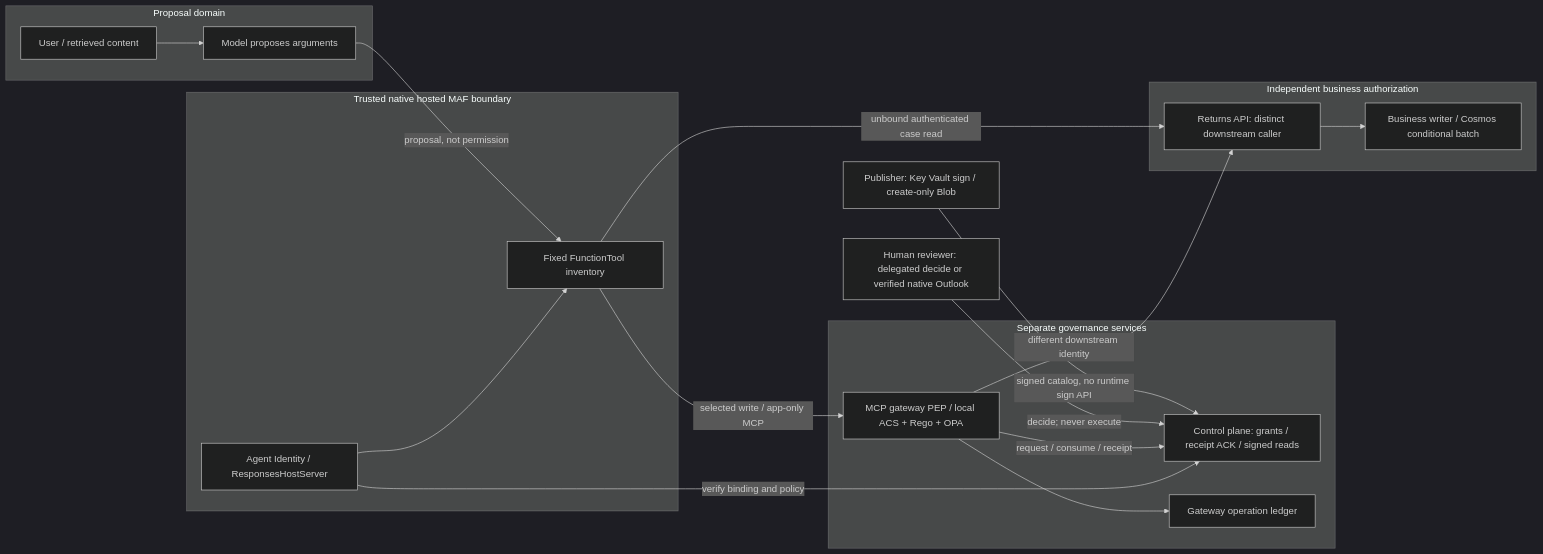
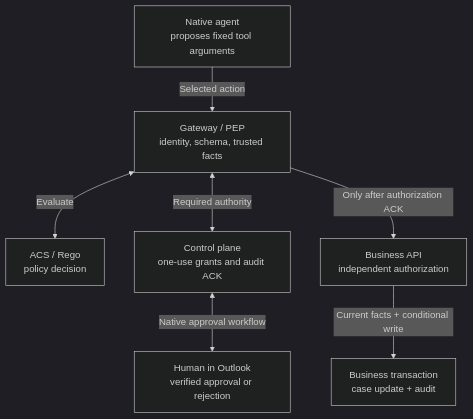
Before and after one commit to aiappsgbb/threadlight-skills: the first of 5 diagrams in docs/agent-governance-deep-dive.md, drawn with Mermaid (dark theme). The commit also changed other lines of this file and 21 other files, not shown here.

First line of the commit message:
Explain governance architecture and visualize the production action boundary

````diff
--- a/docs/agent-governance-deep-dive.md
+++ b/docs/agent-governance-deep-dive.md
@@ -125,34 +113,16 @@
 ```mermaid
-flowchart LR
-    subgraph untrusted["Proposal domain"]
-        User["User / retrieved content"]
-        Model["Model proposes arguments"]
-        User --> Model
-    end
-    subgraph host["Trusted native hosted MAF boundary"]
-        Agent["Agent Identity / ResponsesHostServer"]
-        Tools["Fixed FunctionTool inventory"]
-        Agent --> Tools
-    end
-    subgraph governance["Separate governance services"]
-        Gateway["MCP gateway PEP / local ACS + Rego + OPA"]
-        Control["Control plane: grants / receipt ACK / signed reads"]
-        Ledger["Gateway operation ledger"]
-    end
-    subgraph business["Independent business authorization"]
-        API["Returns API: distinct downstream caller"]
-        Writer["Business writer / Cosmos conditional batch"]
-        API --> Writer
-    end
-    Human["Human reviewer: delegated decide or verified native Outlook"]
-    Publisher["Publisher: Key Vault sign / create-only Blob"]
-    Model -->|"proposal, not permission"| Tools
-    Tools -->|"selected write / app-only MCP"| Gateway
-    Tools -->|"unbound authenticated case read"| API
-    Agent -->|"verify binding and policy"| Control
-    Gateway -->|"request / consume / receipt"| Control
-    Gateway --> Ledger
-    Gateway -->|"different downstream identity"| API
-    Human -->|"decide; never execute"| Control
-    Publisher -->|"signed catalog, no runtime sign API"| Control
+flowchart TB
+    A["Native agent<br/>proposes fixed tool arguments"]
+    G["Gateway / PEP<br/>identity, schema, trusted facts"]
+    P["ACS / Rego<br/>policy decision"]
+    C["Control plane<br/>one-use grants and audit ACK"]
+    H["Human in Outlook<br/>verified approval or rejection"]
+    B["Business API<br/>independent authorization"]
+    D["Business transaction<br/>case update + audit"]
+    A -->|"Selected action"| G
+    G <-->|"Evaluate"| P
+    G <-->|"Required authority"| C
+    C <-->|"Native approval workflow"| H
+    G -->|"Only after authorization ACK"| B
+    B -->|"Current facts + conditional write"| D
 ```
````
